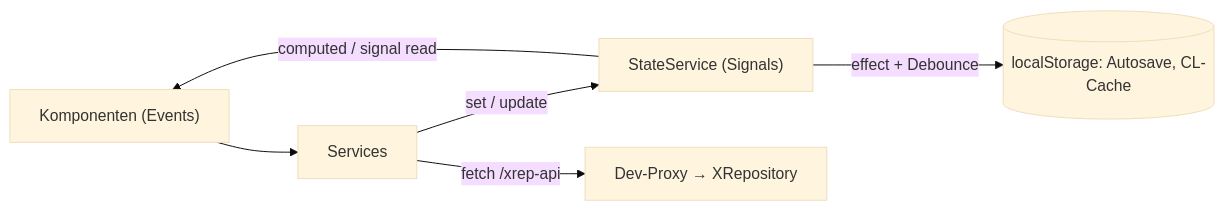
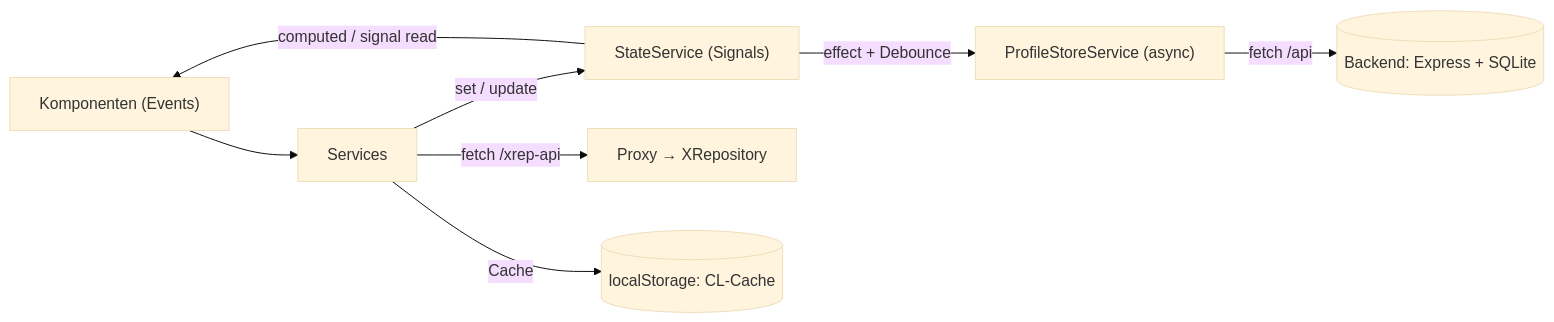
One commit to FinnFreiheit/Profilierer changed the second of 4 diagrams in docs/architecture.md. Above: the diagram before and after it, drawn with Mermaid (base theme). The commit also changed other lines of this file and 24 other files, not shown here.

````diff
--- a/docs/architecture.md
+++ b/docs/architecture.md
@@ -48,8 +48,10 @@
 ```mermaid
 graph LR
   UI["Komponenten (Events)"] --> SVC["Services"]
   SVC -->|set / update| STORE["StateService (Signals)"]
   STORE -->|computed / signal read| UI
-  STORE -->|effect + Debounce| LS[("localStorage: Autosave, CL-Cache")]
-  SVC -->|fetch /xrep-api| PROXY["Dev-Proxy → XRepository"]
+  STORE -->|effect + Debounce| PSS["ProfileStoreService (async)"]
+  PSS -->|"fetch /api"| API[("Backend: Express + SQLite")]
+  SVC -->|"fetch /xrep-api"| PROXY["Proxy → XRepository"]
+  SVC -->|Cache| LS[("localStorage: CL-Cache")]
 ```
````
